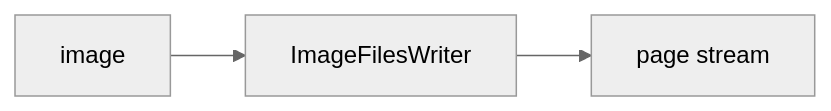
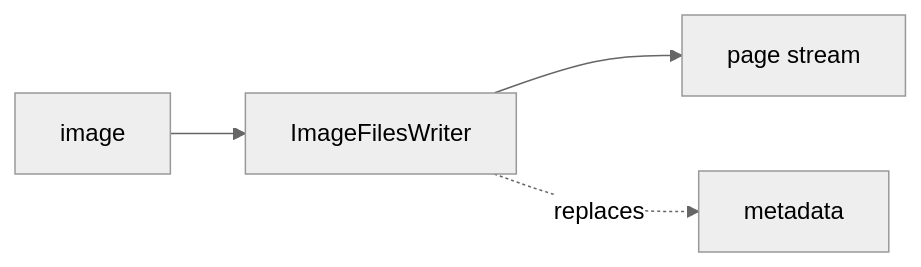
The diagram in docs/blocks/writers/ImageFilesWriter.md (storytracer/linecaster), drawn with Mermaid (neutral theme) before and after one commit. The commit also changed other lines of this file and 9 other files, not shown here.

````diff
--- a/docs/blocks/writers/ImageFilesWriter.md
+++ b/docs/blocks/writers/ImageFilesWriter.md
@@ -39,6 +39,7 @@
 ```mermaid
 flowchart LR
     B["ImageFilesWriter"]
     r0["image"] --> B
     B --> a0["page stream"]
+    B -. replaces .-> x0["metadata"]
 ```
````
